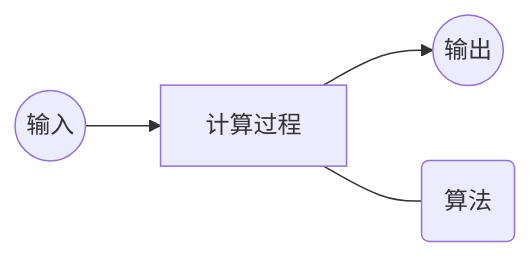
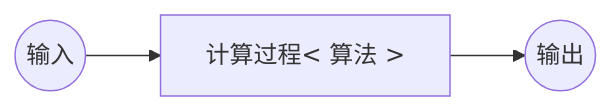
Before and after one commit to forget-eve/Algorithm-design-analysis: the first of 5 diagrams in README.md, drawn with Mermaid. The commit also changed other lines of this file, not shown here.

````diff
--- a/README.md
+++ b/README.md
@@ -16,6 +20,5 @@
 ```mermaid
 graph LR
-A((输入)) --> B[计算过程]
+A((输入)) --> B[计算过程< 算法 >]
 B --> C((输出))
-B --- D(算法)
 ```
````
